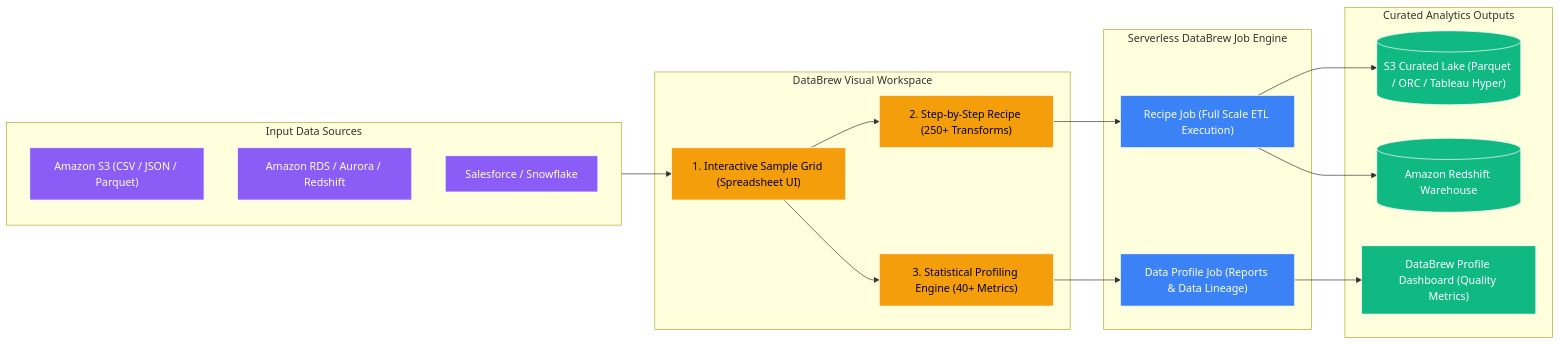
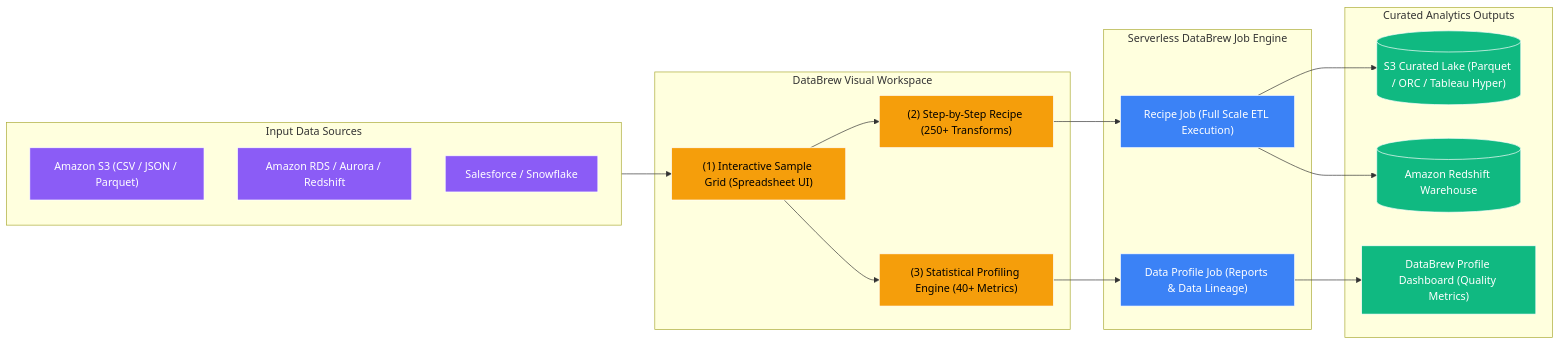
The diagram in content/en/02-services/analytics-streaming/glue/glue-databrew.md (Wathon/aws-dea-c01-note), drawn with Mermaid before and after one commit. The commit also changed 49 other files, not shown here.

Commit message:
Fix 'Unsupported markdown: list' Mermaid rendering issues across all English and Burmese notes

````diff
--- a/content/en/02-services/analytics-streaming/glue/glue-databrew.md
+++ b/content/en/02-services/analytics-streaming/glue/glue-databrew.md
@@ -30,46 +30,46 @@
 ```mermaid
 graph LR
     subgraph InputSources["Input Data Sources"]
         S3Raw["Amazon S3 (CSV / JSON / Parquet)"]
         RDS["Amazon RDS / Aurora / Redshift"]
         SaaS["Salesforce / Snowflake"]
     end
 
     subgraph DataBrewWorkspace["DataBrew Visual Workspace"]
-        SampleView["1. Interactive Sample Grid (Spreadsheet UI)"]
-        RecipeDef["2. Step-by-Step Recipe (250+ Transforms)"]
-        ProfileEngine["3. Statistical Profiling Engine (40+ Metrics)"]
+        SampleView["(1) Interactive Sample Grid (Spreadsheet UI)"]
+        RecipeDef["(2) Step-by-Step Recipe (250+ Transforms)"]
+        ProfileEngine["(3) Statistical Profiling Engine (40+ Metrics)"]
     end
 
     subgraph ExecutionEngine["Serverless DataBrew Job Engine"]
         ProfileJob["Data Profile Job (Reports & Data Lineage)"]
         RecipeJob["Recipe Job (Full Scale ETL Execution)"]
     end
 
     subgraph TargetOutputs["Curated Analytics Outputs"]
         CuratedS3[("S3 Curated Lake (Parquet / ORC / Tableau Hyper)")]
         RedshiftWarehouse[("Amazon Redshift Warehouse")]
         ProfileReport["DataBrew Profile Dashboard (Quality Metrics)"]
     end
 
     InputSources --> SampleView
     SampleView --> RecipeDef
     SampleView --> ProfileEngine
 
     RecipeDef --> RecipeJob
     ProfileEngine --> ProfileJob
 
     RecipeJob --> CuratedS3
     RecipeJob --> RedshiftWarehouse
     ProfileJob --> ProfileReport
 
     classDef src fill:#8b5cf6,stroke:#fff,stroke-width:1px,color:#fff;
     classDef brew fill:#f59e0b,stroke:#fff,stroke-width:1px,color:#000;
     classDef job fill:#3b82f6,stroke:#fff,stroke-width:1px,color:#fff;
     classDef out fill:#10b981,stroke:#fff,stroke-width:1px,color:#fff;
 
     class S3Raw,RDS,SaaS src;
     class SampleView,RecipeDef,ProfileEngine brew;
     class ProfileJob,RecipeJob job;
     class CuratedS3,RedshiftWarehouse,ProfileReport out;
 ```
````
